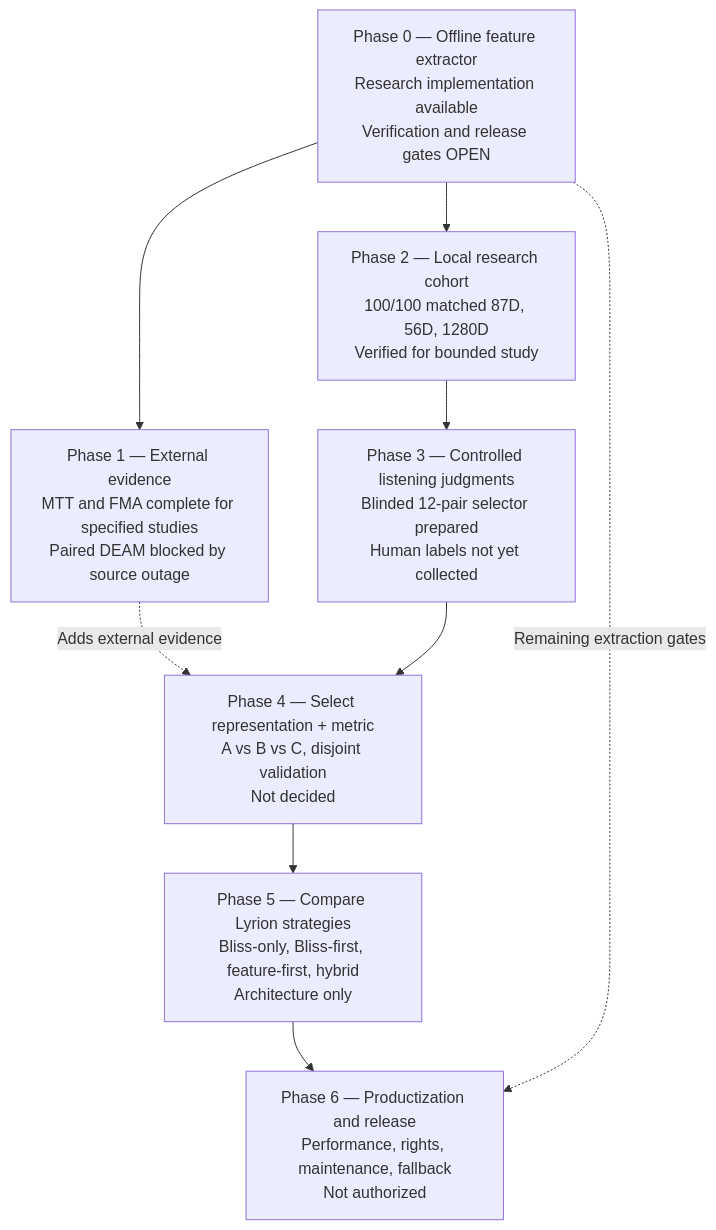
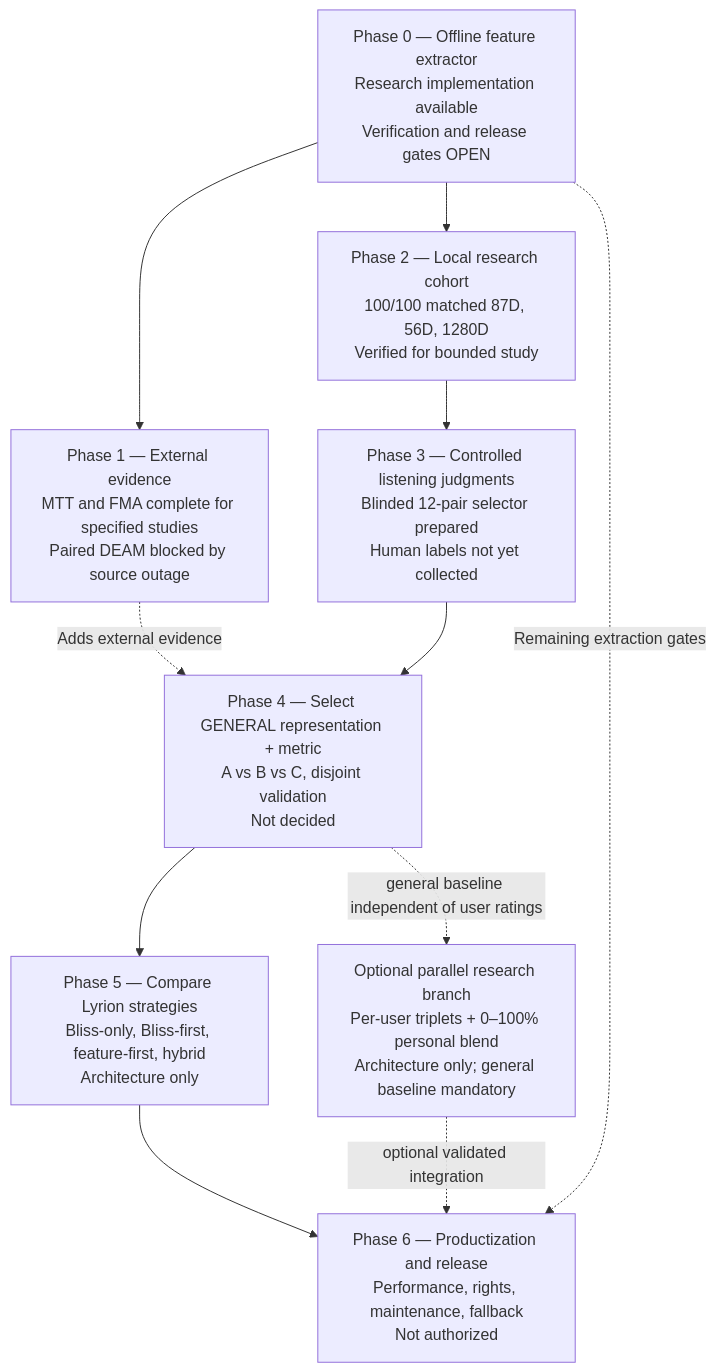
One commit to chrober/bliss-mood-poc changed the first of 4 diagrams in docs/similarity-lyrion-roadmap.md. Above: the diagram before and after it, drawn with Mermaid. The commit also changed other lines of this file, not shown here.

Commit message:
docs: distinguish mandatory general metric from optional 0–100% per-user learning and blending

````diff
--- a/docs/similarity-lyrion-roadmap.md
+++ b/docs/similarity-lyrion-roadmap.md
@@ -43,15 +75,18 @@
 ```mermaid
 flowchart TD
     P0["Phase 0 — Offline feature extractor<br/>Research implementation available<br/>Verification and release gates OPEN"]
     P1["Phase 1 — External evidence<br/>MTT and FMA complete for specified studies<br/>Paired DEAM blocked by source outage"]
     P2["Phase 2 — Local research cohort<br/>100/100 matched 87D, 56D, 1280D<br/>Verified for bounded study"]
     P3["Phase 3 — Controlled listening judgments<br/>Blinded 12-pair selector prepared<br/>Human labels not yet collected"]
-    P4["Phase 4 — Select representation + metric<br/>A vs B vs C, disjoint validation<br/>Not decided"]
+    P4["Phase 4 — Select GENERAL representation + metric<br/>A vs B vs C, disjoint validation<br/>Not decided"]
     P5["Phase 5 — Compare Lyrion strategies<br/>Bliss-only, Bliss-first, feature-first, hybrid<br/>Architecture only"]
+    PPERSONAL["Optional parallel research branch<br/>Per-user triplets + 0–100% personal blend<br/>Architecture only; general baseline mandatory"]
     P6["Phase 6 — Productization and release<br/>Performance, rights, maintenance, fallback<br/>Not authorized"]
     P0 --> P1
     P0 --> P2
     P1 -. "Adds external evidence" .-> P4
     P2 --> P3 --> P4 --> P5 --> P6
+    P4 -. "general baseline independent of user ratings" .-> PPERSONAL
+    PPERSONAL -. "optional validated integration" .-> P6
     P0 -. "Remaining extraction gates" .-> P6
 ```
````
